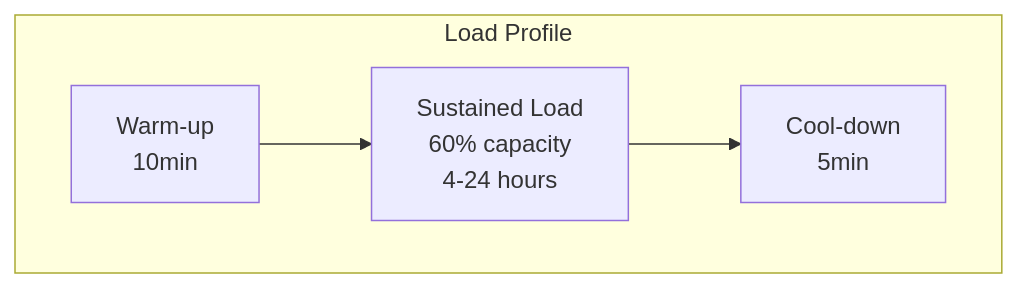
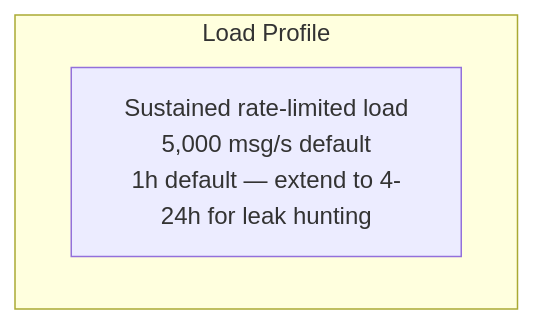
Before and after one commit to actions-marketplace-validations/bmscomp_kates: the sixth of 10 diagrams in docs/book/05-test-types.md, drawn with Mermaid. The commit also changed other lines of this file and 23 other files, not shown here.

````diff
--- a/docs/book/05-test-types.md
+++ b/docs/book/05-test-types.md
@@ -216,7 +219,7 @@
 ```mermaid
 graph LR
     subgraph Endurance["Load Profile"]
         direction LR
-        E1["Warm-up<br/>10min"] --> E2["Sustained Load<br/>60% capacity<br/>4-24 hours"] --> E3["Cool-down<br/>5min"]
+        E1["Sustained rate-limited load<br/>5,000 msg/s default<br/>1h default — extend to 4-24h for leak hunting"]
     end
 ```
````
